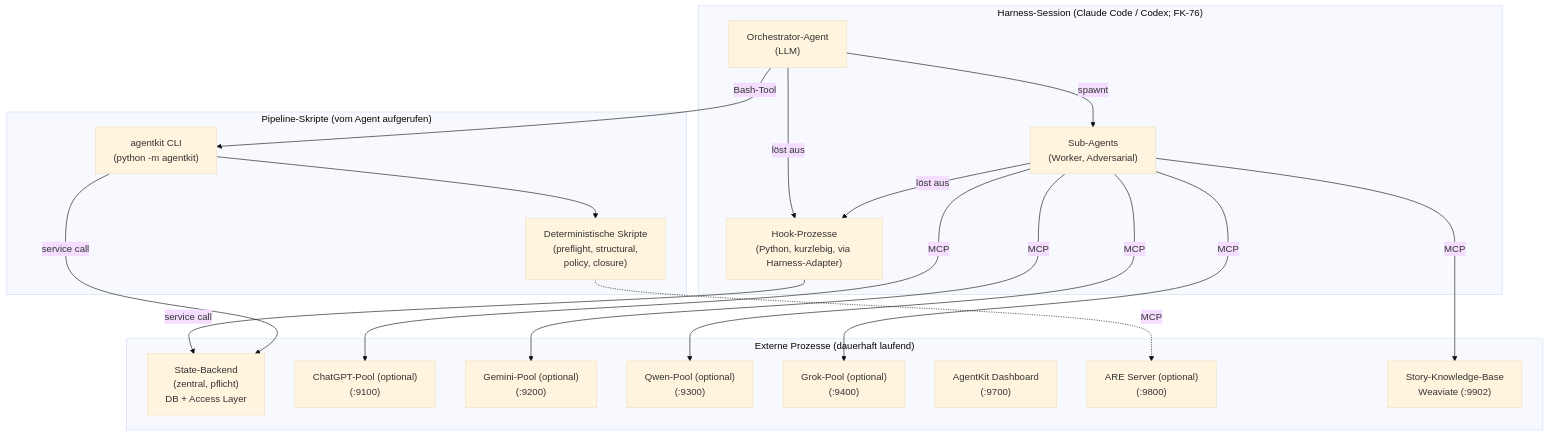
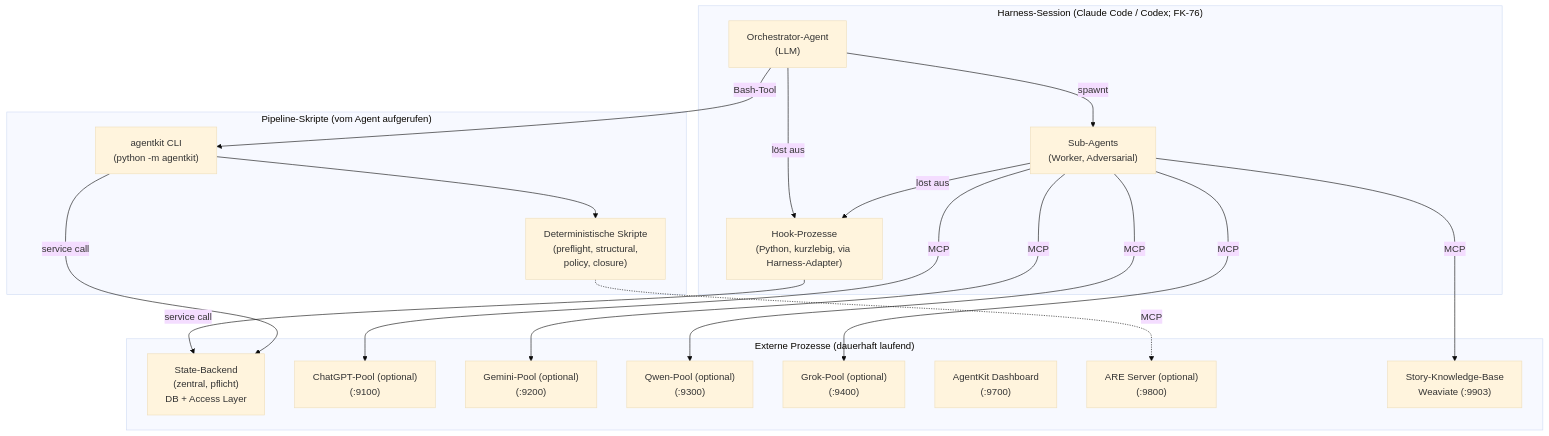
The first of 2 diagrams in concept/technical-design/10_runtime_deployment_speicher.md (saltenhof/claude-agentkit3), drawn with Mermaid (base theme) before and after one commit. The commit also changed other lines of this file and 39 other files, not shown here.

````diff
--- a/concept/technical-design/10_runtime_deployment_speicher.md
+++ b/concept/technical-design/10_runtime_deployment_speicher.md
@@ -57,39 +60,39 @@
 ```mermaid
 graph TB
     subgraph SESSION["Harness-Session (Claude Code / Codex; FK-76)"]
         ORCH["Orchestrator-Agent<br/>(LLM)"]
         HOOKS["Hook-Prozesse<br/>(Python, kurzlebig, via Harness-Adapter)"]
         SUBAGENTS["Sub-Agents<br/>(Worker, Adversarial)"]
 
         ORCH -->|"spawnt"| SUBAGENTS
         ORCH -->|"löst aus"| HOOKS
         SUBAGENTS -->|"löst aus"| HOOKS
     end
 
     subgraph PIPELINE["Pipeline-Skripte (vom Agent aufgerufen)"]
         CLI["agentkit CLI<br/>(python -m agentkit)"]
         SCRIPTS["Deterministische Skripte<br/>(preflight, structural,<br/>policy, closure)"]
     end
 
     subgraph EXTERN["Externe Prozesse (dauerhaft laufend)"]
         STATE["State-Backend<br/>(zentral, pflicht)<br/>DB + Access Layer"]
         POOL_C["ChatGPT-Pool (optional)<br/>(:9100)"]
         POOL_G["Gemini-Pool (optional)<br/>(:9200)"]
         POOL_Q["Qwen-Pool (optional)<br/>(:9300)"]
         POOL_X["Grok-Pool (optional)<br/>(:9400)"]
         DASHBOARD["AgentKit Dashboard<br/>(:9700)"]
         ARE_EXT["ARE Server (optional)<br/>(:9800)"]
-        WEAVIATE["Story-Knowledge-Base<br/>Weaviate (:9902)"]
+        WEAVIATE["Story-Knowledge-Base<br/>Weaviate (:9903)"]
     end
 
     ORCH -->|"Bash-Tool"| CLI
     CLI --> SCRIPTS
     HOOKS -->|"service call"| STATE
     CLI -->|"service call"| STATE
     SUBAGENTS -->|"MCP"| POOL_C
     SUBAGENTS -->|"MCP"| POOL_G
     SUBAGENTS -->|"MCP"| POOL_Q
     SUBAGENTS -->|"MCP"| POOL_X
     SUBAGENTS -->|"MCP"| WEAVIATE
     SCRIPTS -.->|"MCP"| ARE_EXT
 ```
````
